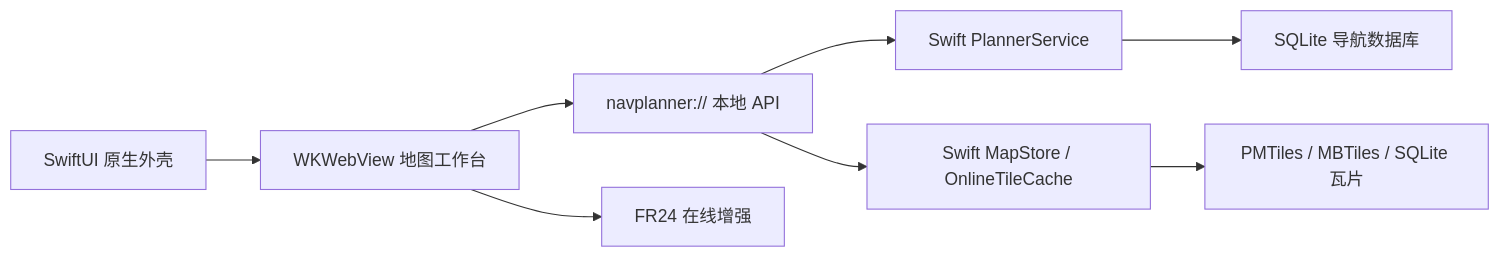
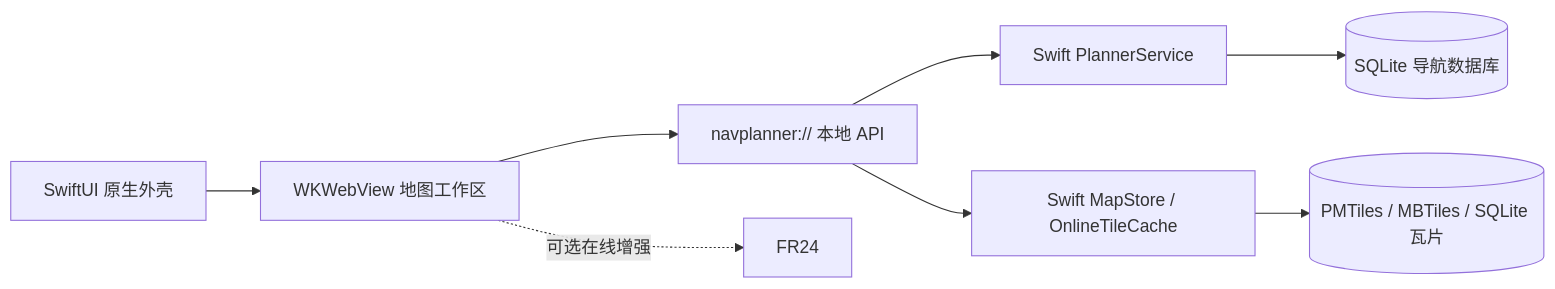
One commit to MDX-Tom/simnav-studio changed the diagram in README.zh-CN.md. Above: the diagram before and after it, drawn with Mermaid. The commit also changed other lines of this file and 3 other files, not shown here.

````diff
--- a/README.zh-CN.md
+++ b/README.zh-CN.md
@@ -96,10 +158,10 @@
 ```mermaid
 flowchart LR
-  SwiftUI["SwiftUI 原生外壳"] --> WK["WKWebView 地图工作台"]
-  WK --> Scheme["navplanner:// 本地 API"]
-  Scheme --> Planner["Swift PlannerService"]
-  Scheme --> Maps["Swift MapStore / OnlineTileCache"]
-  Planner --> DB["SQLite 导航数据库"]
-  Maps --> Files["PMTiles / MBTiles / SQLite 瓦片"]
-  WK --> FR24["FR24 在线增强"]
+  UI["SwiftUI 原生外壳"] --> WK["WKWebView 地图工作区"]
+  WK --> API["navplanner:// 本地 API"]
+  API --> Planner["Swift PlannerService"]
+  API --> Maps["Swift MapStore / OnlineTileCache"]
+  Planner --> DB[("SQLite 导航数据库")]
+  Maps --> Files[("PMTiles / MBTiles / SQLite 瓦片")]
+  WK -. "可选在线增强" .-> FR24["FR24"]
 ```
````
